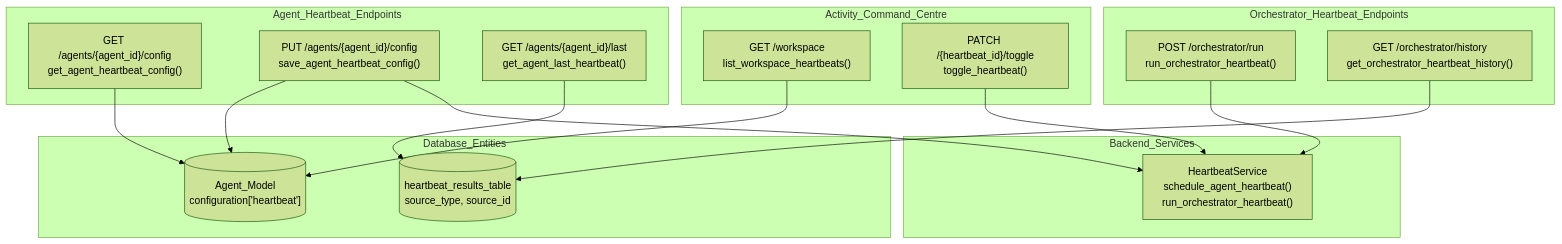
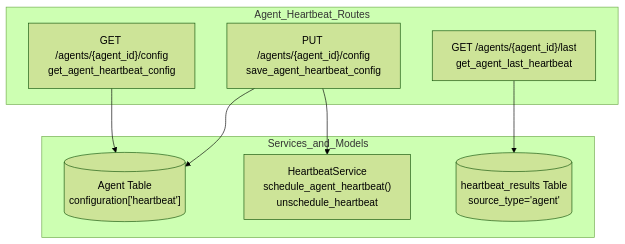
The first of 2 diagrams in docs/heartbeat-proactive-assistant/heartbeat-api-reference.md (AutomatosAI/automatos-ai), drawn with Mermaid (forest theme) before and after one commit. The commit also changed other lines of this file and 191 other files, not shown here.

````diff
--- a/docs/heartbeat-proactive-assistant/heartbeat-api-reference.md
+++ b/docs/heartbeat-proactive-assistant/heartbeat-api-reference.md
@@ -51,36 +64,19 @@
 ```mermaid
 graph TB
-    subgraph "Agent_Heartbeat_Endpoints"
-        GET_CFG["GET /agents/{agent_id}/config<br/>get_agent_heartbeat_config()"]
-        PUT_CFG["PUT /agents/{agent_id}/config<br/>save_agent_heartbeat_config()"]
-        GET_LAST["GET /agents/{agent_id}/last<br/>get_agent_last_heartbeat()"]
+    subgraph "Agent_Heartbeat_Routes"
+        GET_CFG["GET /agents/{agent_id}/config<br/>get_agent_heartbeat_config"]
+        PUT_CFG["PUT /agents/{agent_id}/config<br/>save_agent_heartbeat_config"]
+        GET_LAST["GET /agents/{agent_id}/last<br/>get_agent_last_heartbeat"]
     end
-    
-    subgraph "Orchestrator_Heartbeat_Endpoints"
-        POST_ORCH["POST /orchestrator/run<br/>run_orchestrator_heartbeat()"]
-        GET_ORCH_HIST["GET /orchestrator/history<br/>get_orchestrator_heartbeat_history()"]
+
+    subgraph "Services_and_Models"
+        HBS["HeartbeatService<br/>schedule_agent_heartbeat()<br/>unschedule_heartbeat"]
+        AgentModel[("Agent Table<br/>configuration['heartbeat']")]
+        HBResults[("heartbeat_results Table<br/>source_type='agent'")]
     end
-    
-    subgraph "Activity_Command_Centre"
-        GET_WS["GET /workspace<br/>list_workspace_heartbeats()"]
-        PATCH_TOGGLE["PATCH /{heartbeat_id}/toggle<br/>toggle_heartbeat()"]
-    end
-    
-    subgraph "Database_Entities"
-        AgentModel[("Agent_Model<br/>configuration['heartbeat']")]
-        HeartbeatResults[("heartbeat_results_table<br/>source_type, source_id")]
-    end
-    
-    subgraph "Backend_Services"
-        HeartbeatService["HeartbeatService<br/>schedule_agent_heartbeat()<br/>run_orchestrator_heartbeat()"]
-    end
-    
+
     GET_CFG --> AgentModel
     PUT_CFG --> AgentModel
-    PUT_CFG --> HeartbeatService
-    POST_ORCH --> HeartbeatService
-    GET_LAST --> HeartbeatResults
-    GET_ORCH_HIST --> HeartbeatResults
-    GET_WS --> AgentModel
-    PATCH_TOGGLE --> HeartbeatService
+    PUT_CFG --> HBS
+    GET_LAST --> HBResults
 ```
````
